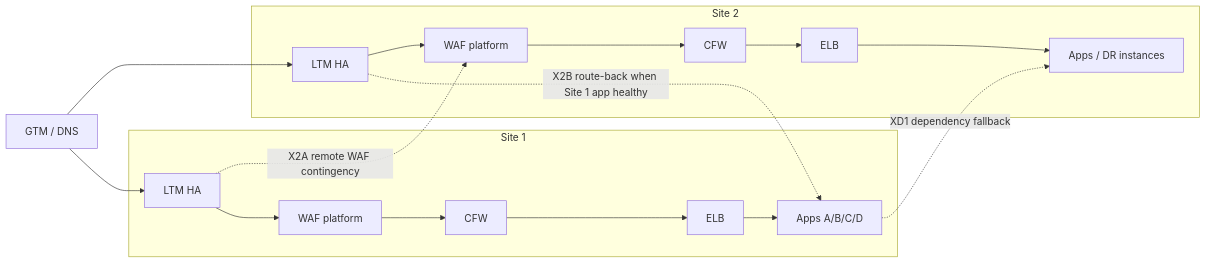
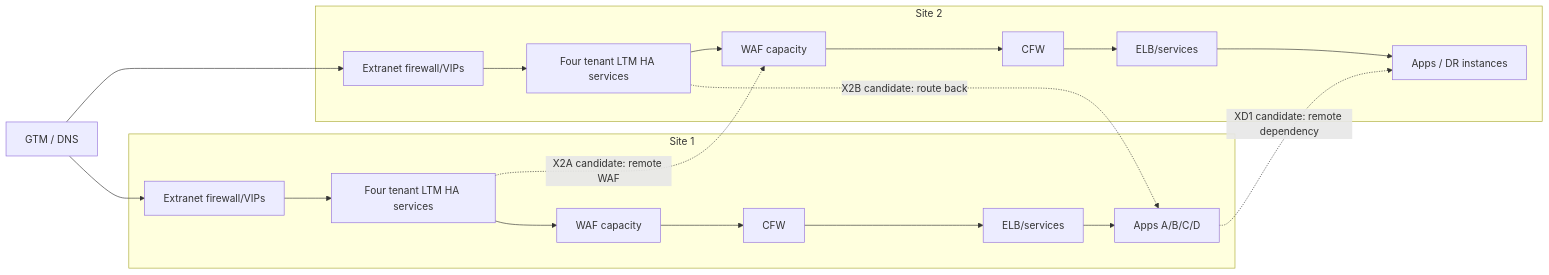
One commit to jfang88/EnterpriseWAF changed the third of 3 diagrams in enterprise-scenarios/high_level_architecture.md. Above: the diagram before and after it, drawn with Mermaid. The commit also changed other lines of this file, not shown here.

Commit message:
Refocus high-level architecture on four-tenant extranet and ownership boundaries

```diff
--- a/enterprise-scenarios/high_level_architecture.md
+++ b/enterprise-scenarios/high_level_architecture.md
@@ -288,28 +381,32 @@
 ~~~mermaid
 flowchart LR
 
-  subgraph S1[Site 1]
-    L1[LTM HA]
-    W1[WAF platform]
+  GTM2[GTM / DNS]
+
+  subgraph SITE1[Site 1]
+    FW1[Extranet firewall/VIPs]
+    L1[Four tenant LTM HA services]
+    W1[WAF capacity]
     F1[CFW]
-    E1[ELB]
-    A1[Apps A/B/C/D]
-    L1 --> W1 --> F1 --> E1 --> A1
+    E1[ELB/services]
+    APP1[Apps A/B/C/D]
+    FW1 --> L1 --> W1 --> F1 --> E1 --> APP1
   end
 
-  subgraph S2[Site 2]
-    L2[LTM HA]
-    W2[WAF platform]
+  subgraph SITE2[Site 2]
+    FW2[Extranet firewall/VIPs]
+    L2[Four tenant LTM HA services]
+    W2[WAF capacity]
     F2[CFW]
-    E2[ELB]
-    A2[Apps / DR instances]
-    L2 --> W2 --> F2 --> E2 --> A2
+    E2[ELB/services]
+    APP2[Apps / DR instances]
+    FW2 --> L2 --> W2 --> F2 --> E2 --> APP2
   end
 
-  GTM2[GTM / DNS] --> L1
-  GTM2 --> L2
+  GTM2 --> FW1
+  GTM2 --> FW2
 
-  L1 -. X2A remote WAF contingency .-> W2
-  L2 -. X2B route-back when Site 1 app healthy .-> A1
-  A1 -. XD1 dependency fallback .-> A2
+  L1 -. X2A candidate: remote WAF .-> W2
+  L2 -. X2B candidate: route back .-> APP1
+  APP1 -. XD1 candidate: remote dependency .-> APP2
 ~~~
```
